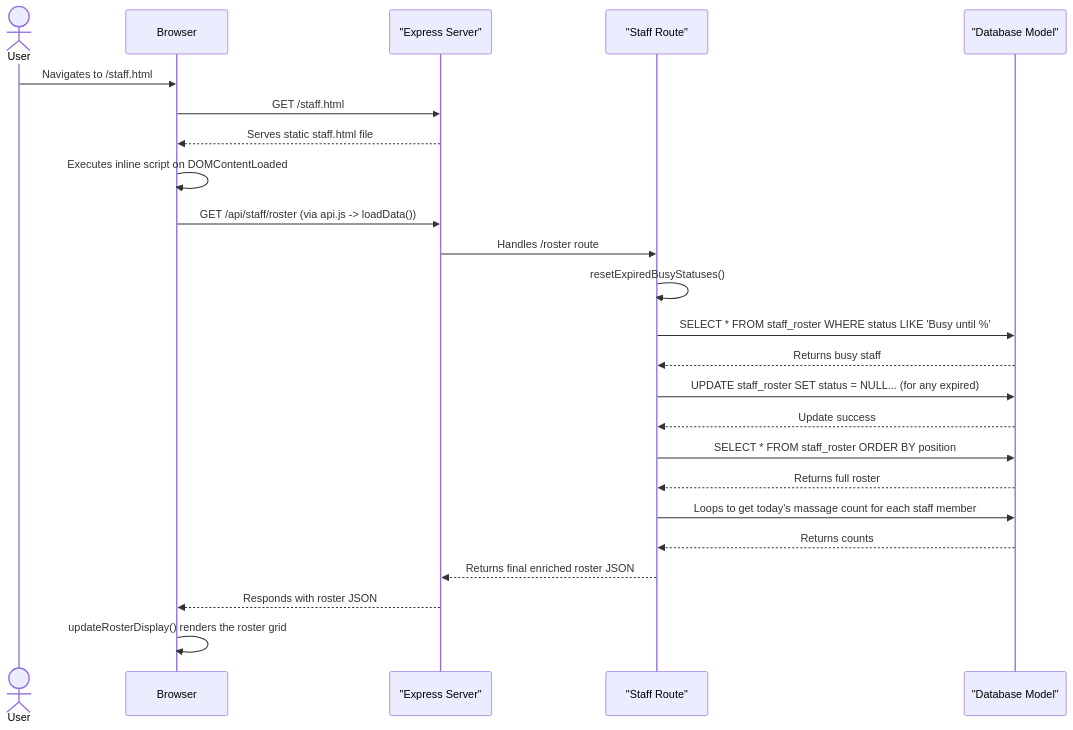
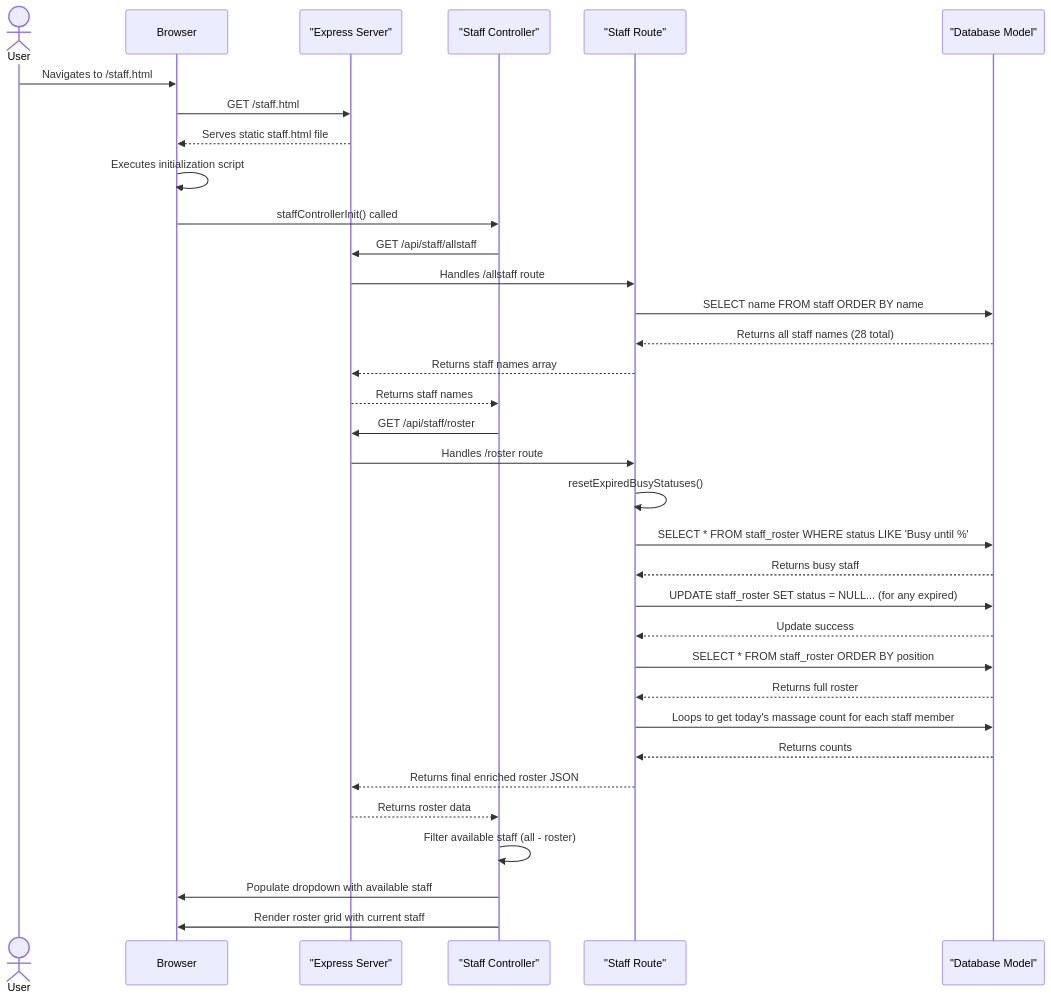
Before and after one commit to minipanther555/massage-shop-accounting: the fourth of 5 diagrams in 00-project-docs/new-docs/REPOSITORY_CONTEXT.md, drawn with Mermaid. The commit also changed other lines of this file, not shown here.

First line of the commit message:
feat: checkpoint working staff roster state as testing3005

````diff
--- a/00-project-docs/new-docs/REPOSITORY_CONTEXT.md
+++ b/00-project-docs/new-docs/REPOSITORY_CONTEXT.md
@@ -310,30 +321,41 @@
 ```mermaid
 sequenceDiagram
     actor User
     participant Browser
     participant Express as "Express Server"
+    participant Controller as "Staff Controller"
     participant staff.js as "Staff Route"
     participant database.js as "Database Model"
 
     User->>Browser: Navigates to /staff.html
     Browser->>Express: GET /staff.html
     Express-->>Browser: Serves static staff.html file
 
-    Browser->>Browser: Executes inline script on DOMContentLoaded
-    Browser->>Express: GET /api/staff/roster (via api.js -> loadData())
+    Browser->>Browser: Executes initialization script
+    Browser->>Controller: staffControllerInit() called
+    Controller->>Express: GET /api/staff/allstaff
+    Express->>staff.js: Handles /allstaff route
+    staff.js->>database.js: SELECT name FROM staff ORDER BY name
+    database.js-->>staff.js: Returns all staff names (28 total)
+    staff.js-->>Express: Returns staff names array
+    Express-->>Controller: Returns staff names
+
+    Controller->>Express: GET /api/staff/roster
     Express->>staff.js: Handles /roster route
     staff.js->>staff.js: resetExpiredBusyStatuses()
     staff.js->>database.js: SELECT * FROM staff_roster WHERE status LIKE 'Busy until %'
     database.js-->>staff.js: Returns busy staff
     staff.js->>database.js: UPDATE staff_roster SET status = NULL... (for any expired)
     database.js-->>staff.js: Update success
 
     staff.js->>database.js: SELECT * FROM staff_roster ORDER BY position
     database.js-->>staff.js: Returns full roster
     staff.js->>database.js: Loops to get today's massage count for each staff member
     database.js-->>staff.js: Returns counts
     staff.js-->>Express: Returns final enriched roster JSON
-    Express-->>Browser: Responds with roster JSON
+    Express-->>Controller: Returns roster data
 
-    Browser->>Browser: updateRosterDisplay() renders the roster grid
+    Controller->>Controller: Filter available staff (all - roster)
+    Controller->>Browser: Populate dropdown with available staff
+    Controller->>Browser: Render roster grid with current staff
 ```
````
